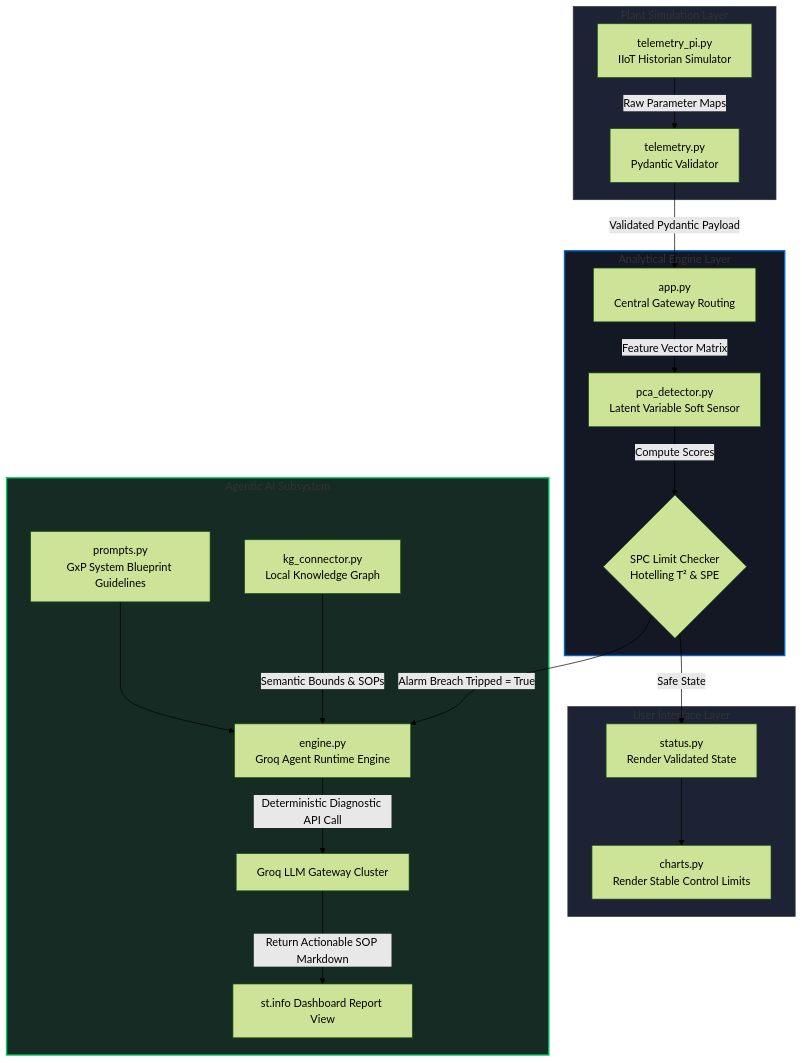
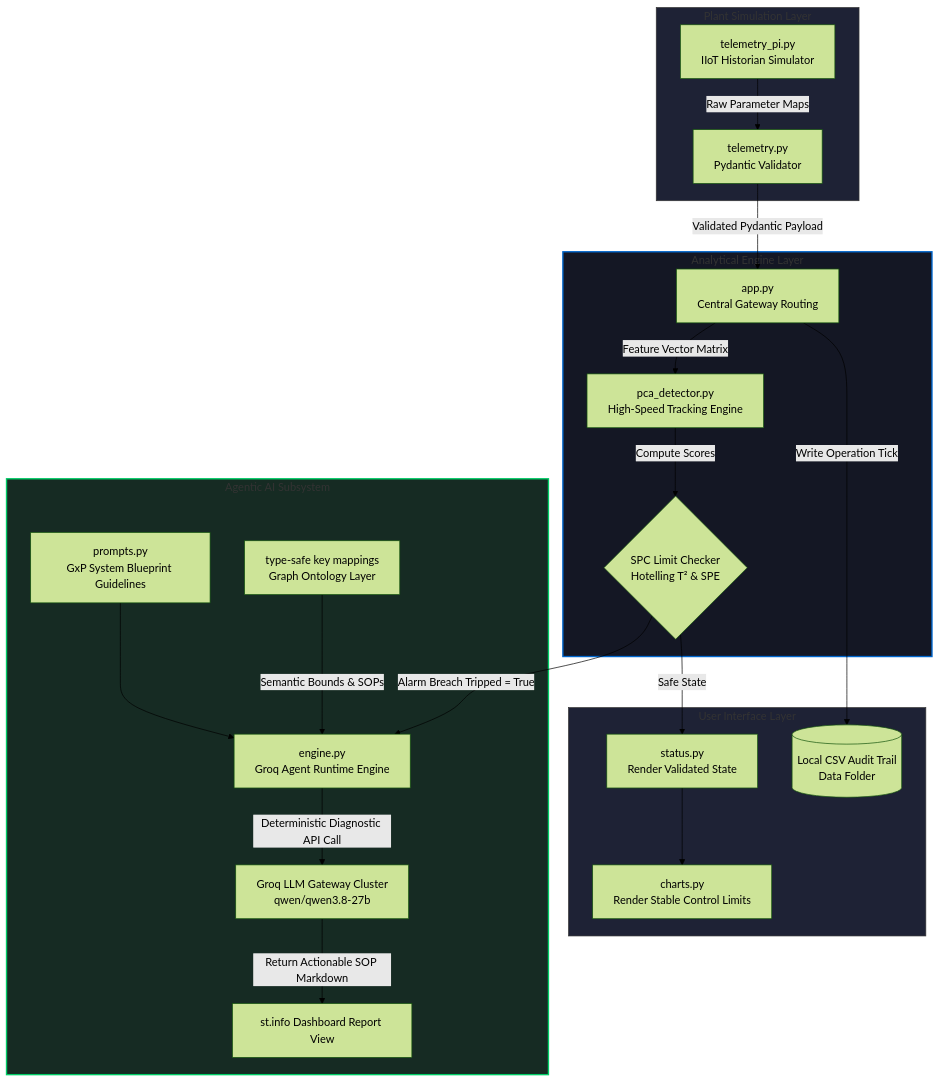
Before and after one commit to SRINIVASTA/bio-twin-mitt-core: the first of 2 diagrams in README.md, drawn with Mermaid (forest theme). The commit also changed other lines of this file, not shown here.

````diff
--- a/README.md
+++ b/README.md
@@ -14,30 +15,31 @@
 ```mermaid
 graph TD
     subgraph Plant_Simulation_Layer [Plant Simulation Layer]
         A[telemetry_pi.py<br>IIoT Historian Simulator] -->|Raw Parameter Maps| B[telemetry.py<br>Pydantic Validator]
     end
 
     subgraph Analytical_Engine_Layer [Analytical Engine Layer]
         B -->|Validated Pydantic Payload| C[app.py<br>Central Gateway Routing]
-        C -->|Feature Vector Matrix| D[pca_detector.py<br>Latent Variable Soft Sensor]
+        C -->|Feature Vector Matrix| D[pca_detector.py<br>High-Speed Tracking Engine]
         D -->|Compute Scores| E{SPC Limit Checker<br>Hotelling T² & SPE}
     end
 
     subgraph User_Interface_Layer [User Interface Layer]
         E -->|Safe State| F[status.py<br>Render Validated State]
         F --> G[charts.py<br>Render Stable Control Limits]
+        C -->|Write Operation Tick| M[(Local CSV Audit Trail<br>Data Folder)]
     end
 
     subgraph Agentic_Decision_Support [Agentic AI Subsystem]
         E -->|Alarm Breach Tripped = True| H[engine.py<br>Groq Agent Runtime Engine]
-        I[kg_connector.py<br>Local Knowledge Graph] -->|Semantic Bounds & SOPs| H
+        I[type-safe key mappings<br>Graph Ontology Layer] -->|Semantic Bounds & SOPs| H
         J[prompts.py<br>GxP System Blueprint Guidelines] --> H
-        H -->|Deterministic Diagnostic API Call| K[Groq LLM Gateway Cluster]
+        H -->|Deterministic Diagnostic API Call| K[Groq LLM Gateway Cluster<br>qwen/qwen3.8-27b]
         K -->|Return Actionable SOP Markdown| L[st.info Dashboard Report View]
     end
 
     style Plant_Simulation_Layer fill:#1e2235,stroke:#333,stroke-width:1px
     style Analytical_Engine_Layer fill:#141724,stroke:#0066CC,stroke-width:2px
     style User_Interface_Layer fill:#1e2235,stroke:#333,stroke-width:1px
     style Agentic_Decision_Support fill:#162b23,stroke:#00cc66,stroke-width:2px
 ```
````
